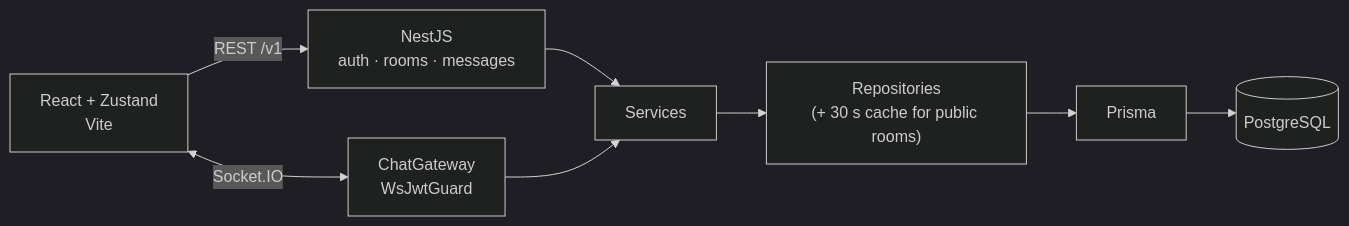
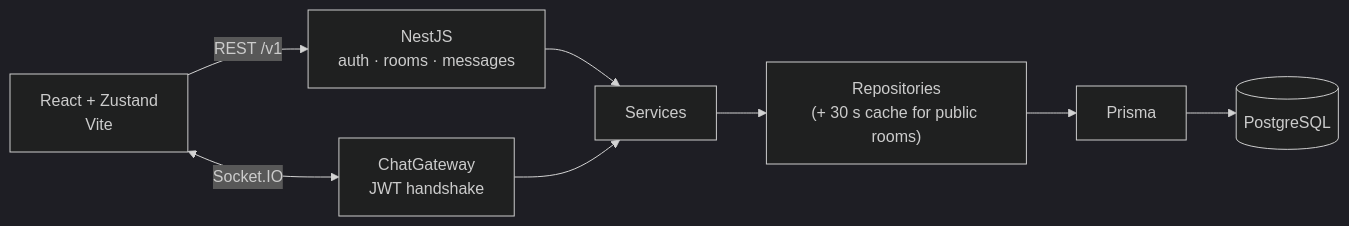
The diagram in README.md (Shiw4se/nest-react-chat), drawn with Mermaid (dark theme) before and after one commit. The commit also changed other lines of this file and 1 other file, not shown here.

````diff
--- a/README.md
+++ b/README.md
@@ -35,10 +35,10 @@
 ```mermaid
 flowchart LR
     UI["React + Zustand<br/>Vite"] -->|REST /v1| API["NestJS<br/>auth · rooms · messages"]
-    UI <-->|Socket.IO| GW["ChatGateway<br/>WsJwtGuard"]
+    UI <-->|Socket.IO| GW["ChatGateway<br/>JWT handshake"]
     API --> SVC["Services"]
     GW --> SVC
     SVC --> REPO["Repositories<br/>(+ 30 s cache for public rooms)"]
     REPO --> ORM["Prisma"]
     ORM --> DB[("PostgreSQL")]
 ```
````
